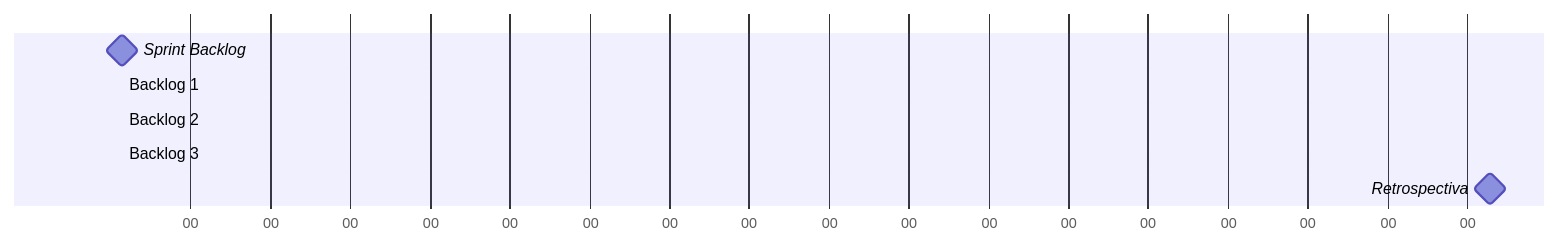
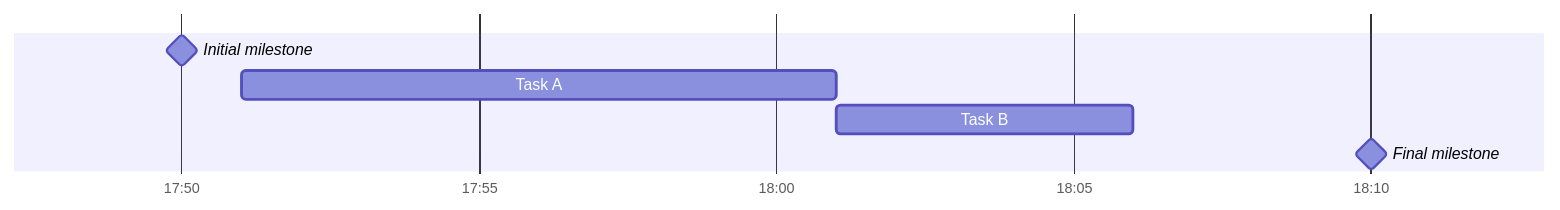
The second of 2 diagrams in sprint.md (Iagocds/Projeto-Integrado), drawn with Mermaid before and after one commit.

````diff
--- a/sprint.md
+++ b/sprint.md
@@ -24,10 +24,9 @@
 ```mermaid
 gantt
-    dateFormat mm
-    axisFormat %M
-    Sprint Backlog : milestone, m1, 1, 4m
-    Backlog 1 : 1m
-    Backlog 2 : 1m
-    Backlog 3 : 1m
-    Retrospectiva : milestone, m2, 5, 1m
+    dateFormat HH:mm
+    axisFormat %H:%M
+    Initial milestone : milestone, m1, 17:49, 2m
+    Task A : 10m
+    Task B : 5m
+    Final milestone : milestone, m2, 18:08, 4m
 ```
````
